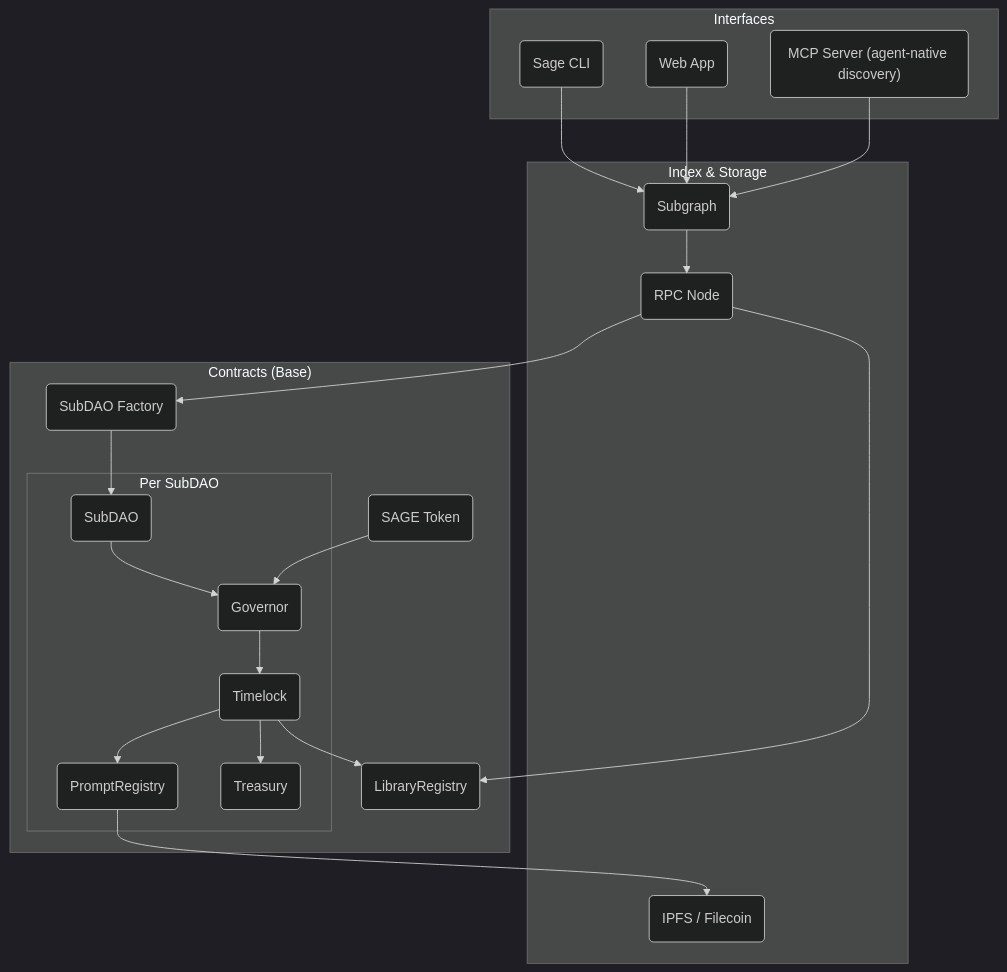
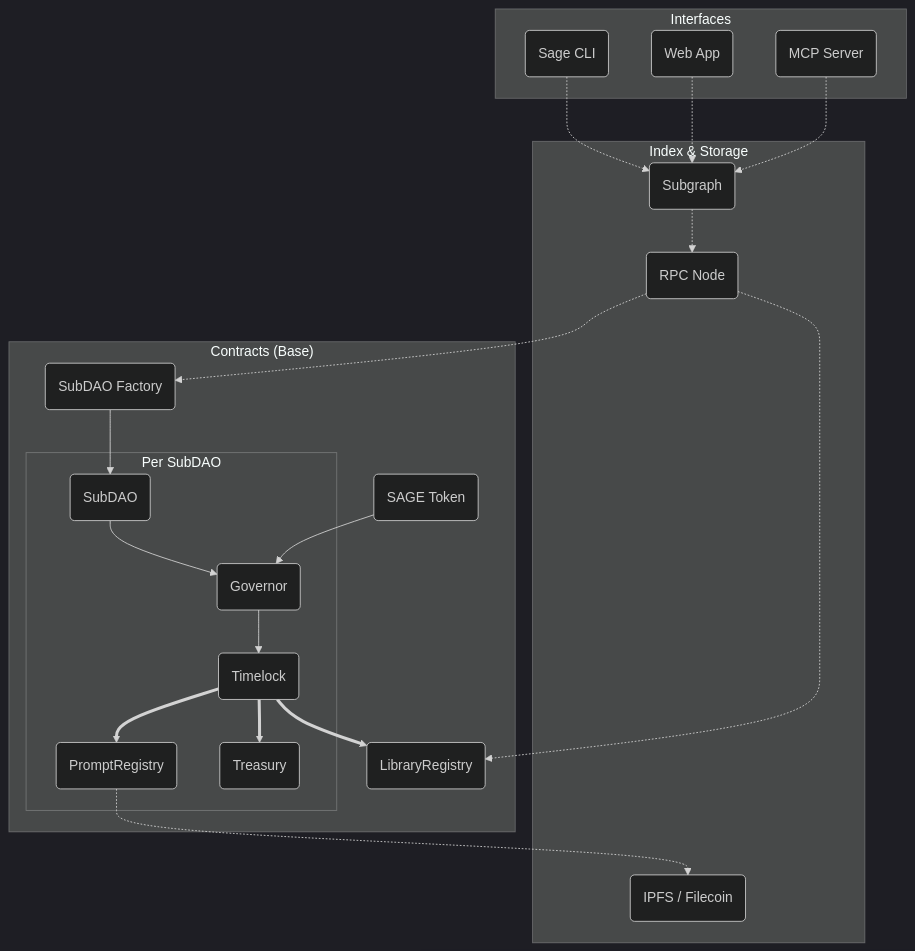
Before and after one commit to sage-protocol/sage-litepaper-site: the diagram in docs/contracts/architecture.md, drawn with Mermaid (dark theme). The commit also changed other lines of this file and 3 other files, not shown here.

Commit message:
content update and mermaid update

````diff
--- a/docs/contracts/architecture.md
+++ b/docs/contracts/architecture.md
@@ -36,60 +35,65 @@
 ```mermaid
 graph TB
     %% Define nodes
     CLI("Sage CLI")
     APP("Web App")
-    MCP("MCP Server (agent-native discovery)")
+    MCP("MCP Server")
     SG("Subgraph")
     RPC("RPC Node")
     IPFS("IPFS / Filecoin")
     SF("SubDAO Factory")
     LR("LibraryRegistry")
     SD("SubDAO")
     GOV("Governor")
     TL("Timelock")
     PR("PromptRegistry")
     TR("Treasury")
     SAGE("SAGE Token")
 
     %% Define subgraphs
     subgraph "Interfaces"
         CLI
         APP
         MCP
     end
 
     subgraph "Index & Storage"
         SG
         RPC
         IPFS
     end
 
     subgraph "Contracts (Base)"
         SF
         LR
         SAGE
         subgraph "Per SubDAO"
             SD
             GOV
             TL
             PR
             TR
         end
     end
 
     %% Define connections
-    CLI --> SG
-    APP --> SG
-    MCP --> SG
-    SG --> RPC
-    RPC --> SF
-    RPC --> LR
+    %% Read operations
+    CLI -.-> SG
+    APP -.-> SG
+    MCP -.-> SG
+    SG -.-> RPC
+    RPC -.-> SF
+    RPC -.-> LR
+
+    %% Write/Transaction operations
     SF --> SD
     SD --> GOV
     GOV --> TL
-    TL --> PR
-    TL --> TR
-    TL --> LR
-    PR --> IPFS
+    TL ==> PR
+    TL ==> TR
+    TL ==> LR
     SAGE --> GOV
+
+    %% Conceptual link
+    PR -.-> IPFS
 ```
````
